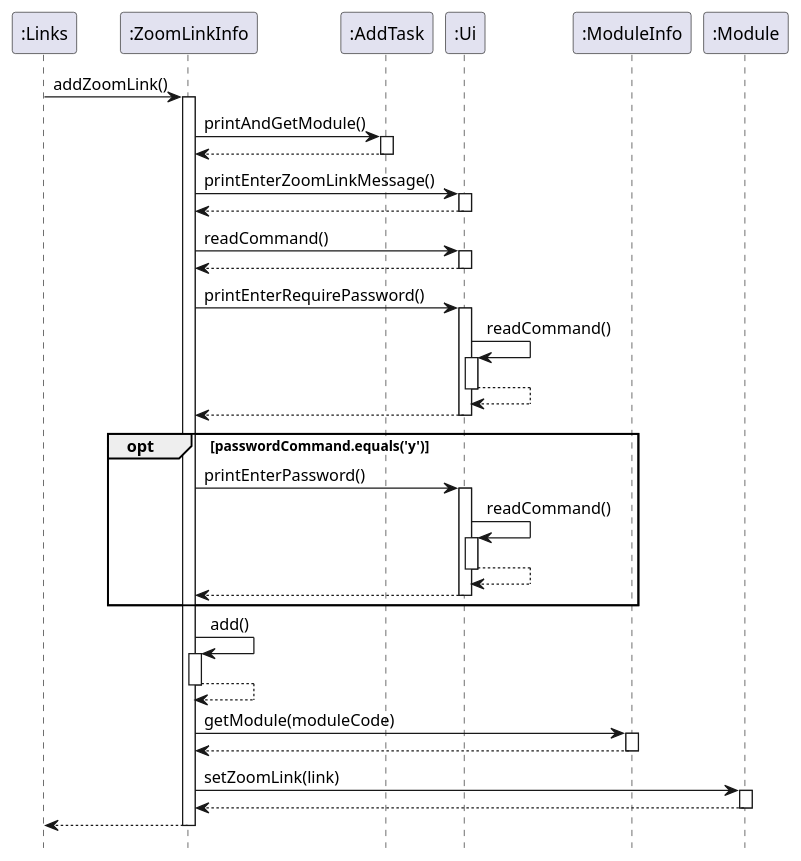
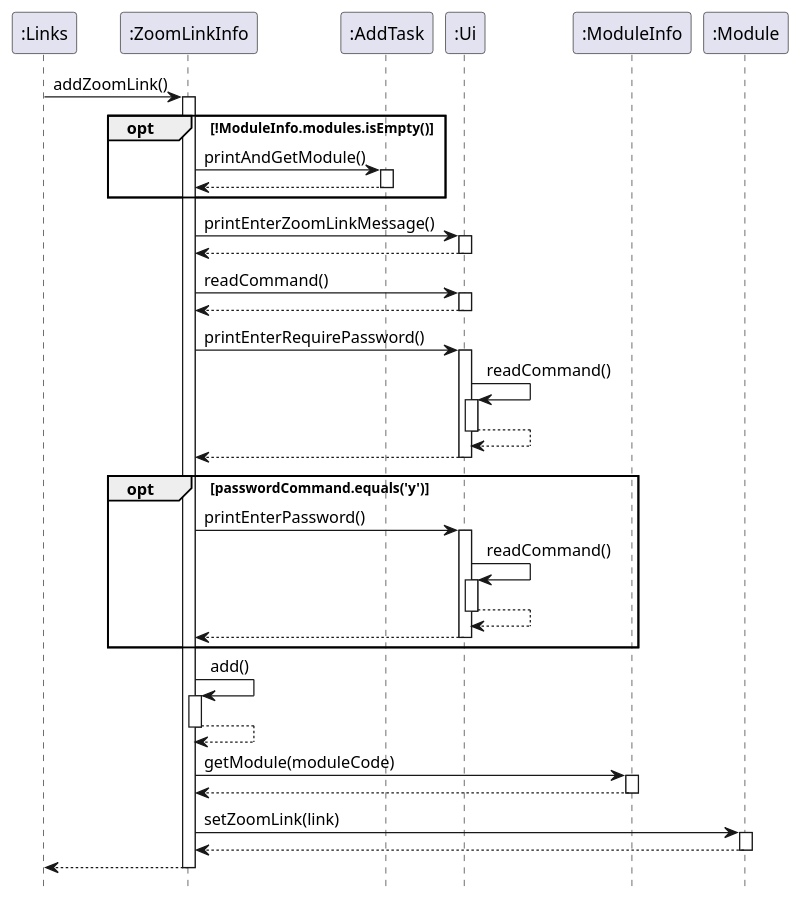
The diagram in docs/diagrams/links/addZoomLink.puml (nus-cs2113-AY2021S2/tp), drawn with PlantUML before and after one commit. The commit also changed 5 other files, not shown here.

```diff
--- a/docs/diagrams/links/addZoomLink.puml
+++ b/docs/diagrams/links/addZoomLink.puml
@@ -1,51 +1,54 @@
 @startuml
 hide footbox
 
 ":Links" -> ":ZoomLinkInfo" : addZoomLink()
 activate ":ZoomLinkInfo"
+
+opt !ModuleInfo.modules.isEmpty()
 ":ZoomLinkInfo" -> ":AddTask" : printAndGetModule()
 activate ":AddTask"
 ":AddTask" --> ":ZoomLinkInfo"
 deactivate ":AddTask"
+end
 ":ZoomLinkInfo" -> ":Ui" : printEnterZoomLinkMessage()
 activate ":Ui"
 ":Ui" --> ":ZoomLinkInfo"
 deactivate ":Ui"
 ":ZoomLinkInfo" -> ":Ui" : readCommand()
 activate ":Ui"
 ":Ui" --> ":ZoomLinkInfo"
 deactivate ":Ui"
 ":ZoomLinkInfo" -> ":Ui" : printEnterRequirePassword()
 activate ":Ui"
 ":Ui" -> ":Ui" : readCommand()
 activate ":Ui"
 ":Ui" --> ":Ui"
 deactivate ":Ui"
 ":Ui" --> ":ZoomLinkInfo"
 deactivate ":Ui"
 
 opt passwordCommand.equals('y')
 ":ZoomLinkInfo" -> ":Ui" : printEnterPassword()
 activate ":Ui"
 ":Ui" -> ":Ui" : readCommand()
 activate ":Ui"
 ":Ui" --> ":Ui"
 deactivate ":Ui"
 ":Ui" --> ":ZoomLinkInfo"
 deactivate ":Ui"
 end
 
 ":ZoomLinkInfo" -> ":ZoomLinkInfo" : add()
 activate ":ZoomLinkInfo"
 ":ZoomLinkInfo" --> ":ZoomLinkInfo"
 deactivate ":ZoomLinkInfo"
 ":ZoomLinkInfo" -> ":ModuleInfo" : getModule(moduleCode)
 activate ":ModuleInfo"
 ":ModuleInfo" --> ":ZoomLinkInfo"
 deactivate ":ModuleInfo"
 ":ZoomLinkInfo" -> ":Module" : setZoomLink(link)
 activate ":Module"
 ":Module" --> ":ZoomLinkInfo"
 deactivate
 return
 @enduml
```
